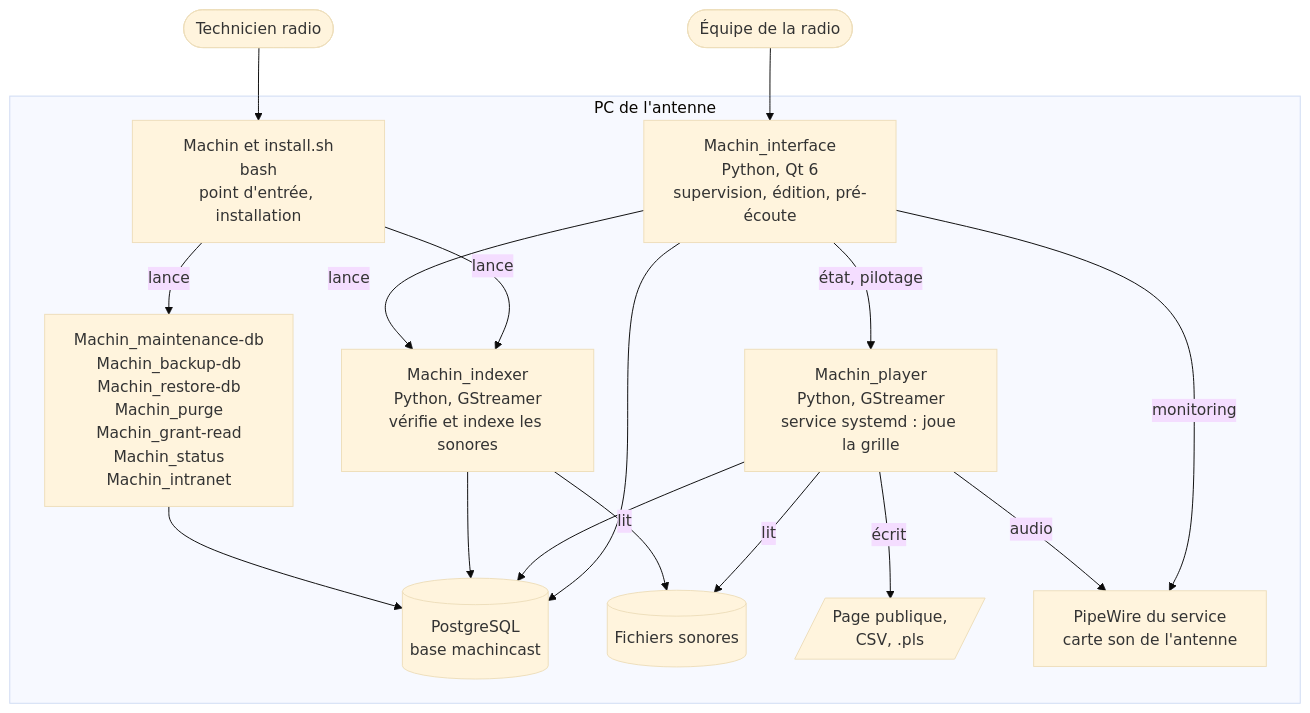
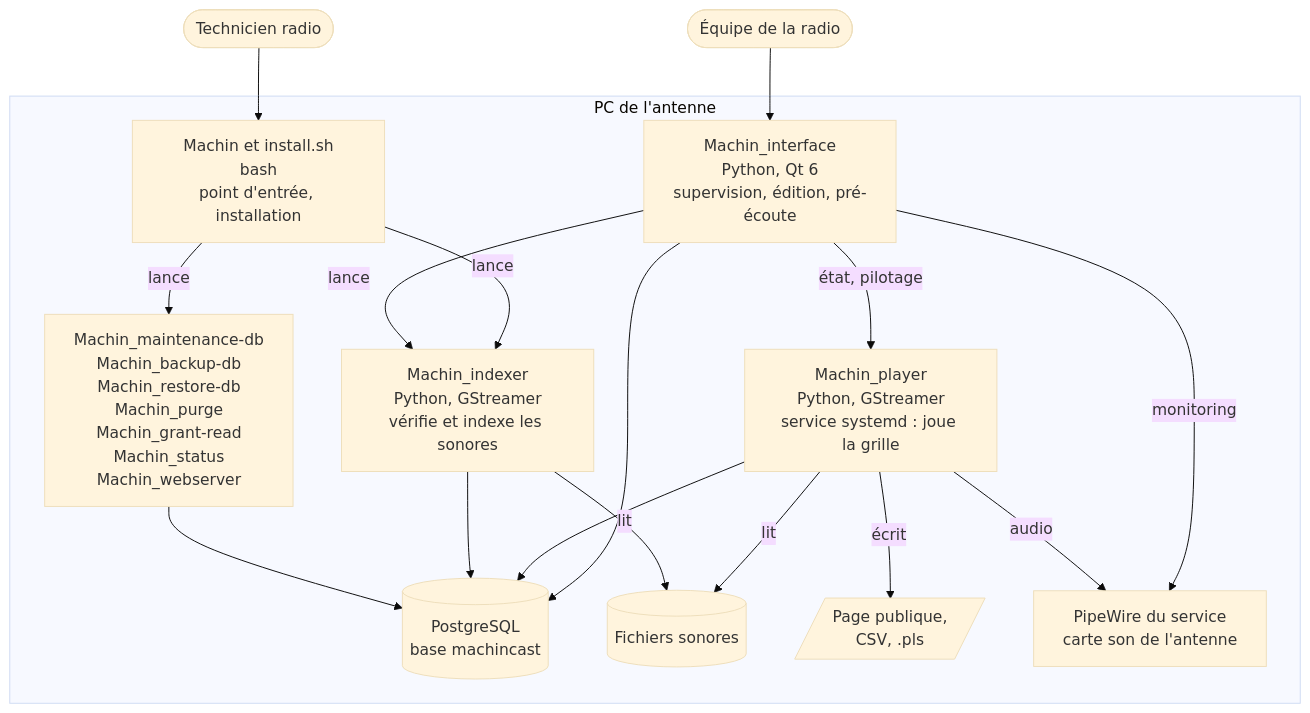
One commit to dascritch/machincast changed the second of 5 diagrams in doc/fr/architecture.md. Above: the diagram before and after it, drawn with Mermaid (base theme). The commit also changed other lines of this file and 134 other files, not shown here.

First line of the commit message:
refactor: « Machin intranet » devient « Machin webserver »

````diff
--- a/doc/fr/architecture.md
+++ b/doc/fr/architecture.md
@@ -144,33 +144,33 @@
 ```mermaid
 flowchart TB
 	equipe(["Équipe de la radio"])
 	admin(["Technicien radio"])
 
 	subgraph poste["PC de l'antenne"]
 		interface["Machin_interface<br/>Python, Qt 6<br/>supervision, édition, pré-écoute"]
 		wrapper["Machin et install.sh<br/>bash<br/>point d'entrée, installation"]
 		player["Machin_player<br/>Python, GStreamer<br/>service systemd : joue la grille"]
 		indexer["Machin_indexer<br/>Python, GStreamer<br/>vérifie et indexe les sonores"]
-		outils["Machin_maintenance-db<br/>Machin_backup-db<br/>Machin_restore-db<br/>Machin_purge<br/>Machin_grant-read<br/>Machin_status<br/>Machin_intranet"]
+		outils["Machin_maintenance-db<br/>Machin_backup-db<br/>Machin_restore-db<br/>Machin_purge<br/>Machin_grant-read<br/>Machin_status<br/>Machin_webserver"]
 		base[("PostgreSQL<br/>base machincast")]
 		fichiers[("Fichiers sonores")]
 		sorties[/"Page publique,<br/>CSV, .pls"/]
 		pipewire["PipeWire du service<br/>carte son de l'antenne"]
 	end
 
 	equipe --> interface
 	admin --> wrapper
 	wrapper -->|"lance"| indexer
 	wrapper -->|"lance"| outils
 	interface -->|"état, pilotage"| player
 	interface -->|"lance"| indexer
 	interface -->|"monitoring"| pipewire
 	interface --> base
 	player --> base
 	indexer --> base
 	outils --> base
 	player -->|"audio"| pipewire
 	player -->|"lit"| fichiers
 	indexer -->|"lit"| fichiers
 	player -->|"écrit"| sorties
 ```
````
